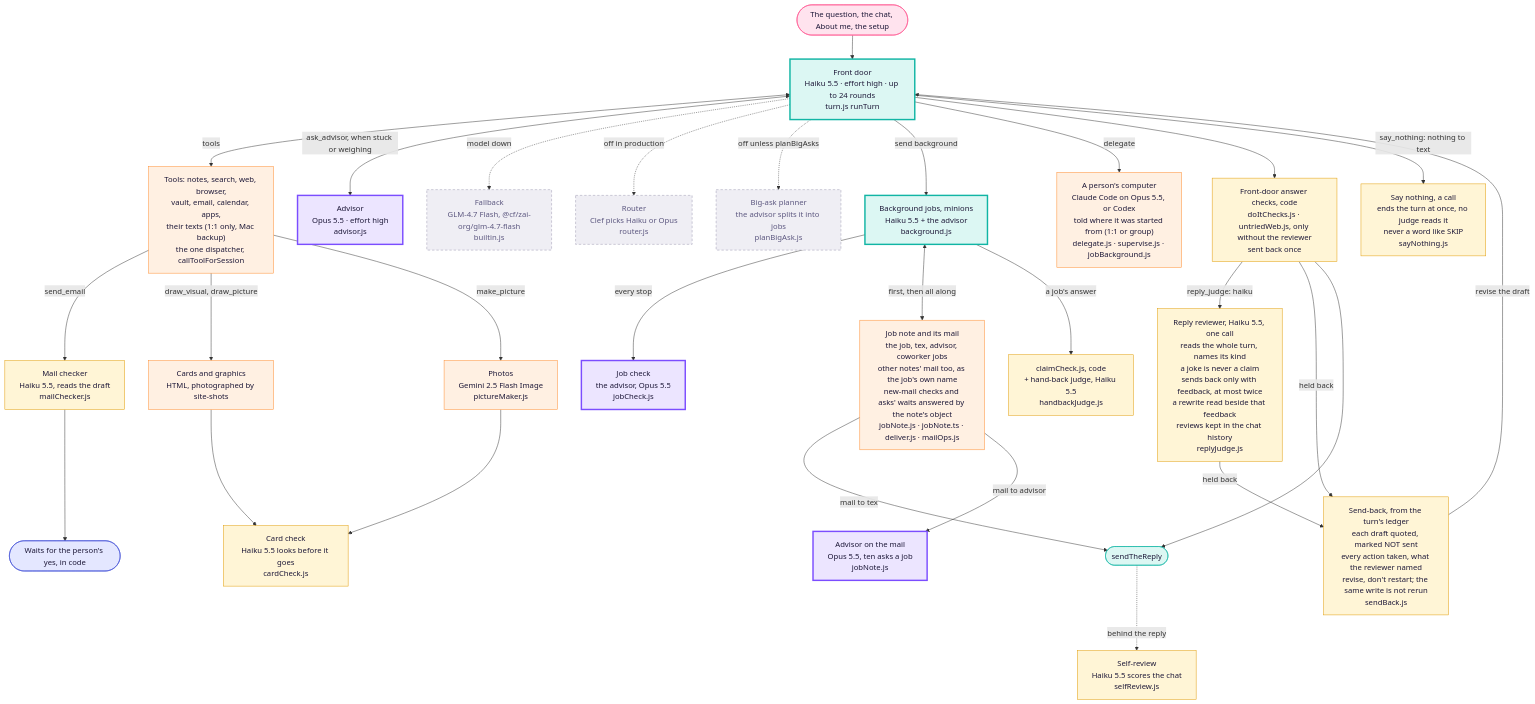
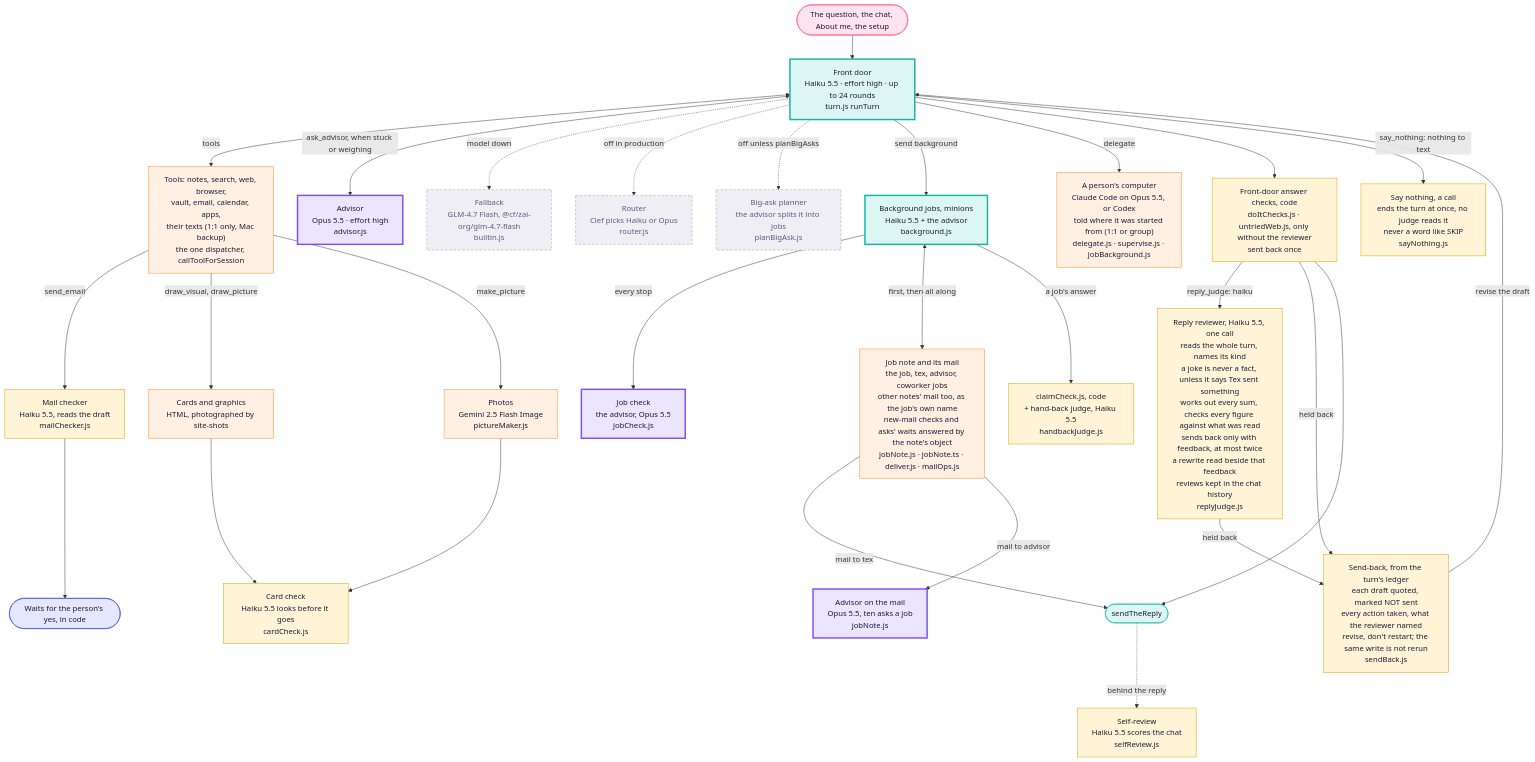
One commit to Supa-Media/context changed the third of 3 diagrams in docs/architecture/tex.md. Above: the diagram before and after it, drawn with Mermaid. The commit also changed other lines of this file, not shown here.

Commit message:
Tex diagram: the reviewer's rubric as tuned
Claude-Session: https://claude.ai/code/session_01SK2ayauoAGi17SrHtnWE46

````diff
--- a/docs/architecture/tex.md
+++ b/docs/architecture/tex.md
@@ -112,43 +112,43 @@
 ```mermaid
 flowchart TB
   Q([The question, the chat, About me, the setup]):::you --> FD
   FD["Front door<br/>Haiku 5.5 · effort high · up to 24 rounds<br/>turn.js runTurn"]:::haiku
   FD <-->|tools| T["Tools: notes, search, web, browser,<br/>vault, email, calendar, apps,<br/>their texts (1:1 only, Mac backup)<br/>the one dispatcher, callToolForSession"]:::tool
   FD <-->|ask_advisor, when stuck or weighing| ADV["Advisor<br/>Opus 5.5 · effort high<br/>advisor.js"]:::opus
   FD -. model down .-> FB["Fallback<br/>GLM-4.7 Flash, @cf/zai-org/glm-4.7-flash<br/>builtin.js"]:::off
   FD -. off in production .-> RT["Router<br/>Clef picks Haiku or Opus<br/>router.js"]:::off
   FD -. off unless planBigAsks .-> PL["Big-ask planner<br/>the advisor splits it into jobs<br/>planBigAsk.js"]:::off
 
   FD -->|send background| JOB["Background jobs, minions<br/>Haiku 5.5 + the advisor<br/>background.js"]:::haiku
   JOB -->|every stop| JC["Job check<br/>the advisor, Opus 5.5<br/>jobCheck.js"]:::opus
   JOB <-->|first, then all along| JN["Job note and its mail<br/>the job, tex, advisor, coworker jobs<br/>other notes' mail too, as the job's own name<br/>new-mail checks and asks' waits answered by the note's object<br/>jobNote.js · jobNote.ts · deliver.js · mailOps.js"]:::tool
   JN -->|mail to tex| SEND
   JN -->|mail to advisor| JNA["Advisor on the mail<br/>Opus 5.5, ten asks a job<br/>jobNote.js"]:::opus
   JOB -->|a job's answer| JCK["claimCheck.js, code<br/>+ hand-back judge, Haiku 5.5<br/>handbackJudge.js"]:::judge
   FD -->|delegate| DL["A person's computer<br/>Claude Code on Opus 5.5, or Codex<br/>told where it was started from (1:1 or group)<br/>delegate.js · supervise.js · jobBackground.js"]:::tool
 
   T -->|send_email| MC["Mail checker<br/>Haiku 5.5, reads the draft<br/>mailChecker.js"]:::judge
   MC --> YES([Waits for the person's yes, in code]):::rail
   T -->|draw_visual, draw_picture| PIC["Cards and graphics<br/>HTML, photographed by site-shots"]:::tool
   T -->|make_picture| IMG["Photos<br/>Gemini 2.5 Flash Image<br/>pictureMaker.js"]:::tool
   PIC --> CC["Card check<br/>Haiku 5.5 looks before it goes<br/>cardCheck.js"]:::judge
   IMG --> CC
 
   FD --> CHK["Front-door answer checks, code<br/>doItChecks.js · untriedWeb.js, only without the reviewer<br/>sent back once"]:::judge
   FD -->|say_nothing: nothing to text| QT["Say nothing, a call<br/>ends the turn at once, no judge reads it<br/>never a word like SKIP<br/>sayNothing.js"]:::judge
-  CHK -->|reply_judge: haiku| RJ["Reply reviewer, Haiku 5.5, one call<br/>reads the whole turn, names its kind<br/>a joke is never a claim<br/>sends back only with feedback, at most twice<br/>a rewrite read beside that feedback<br/>reviews kept in the chat history<br/>replyJudge.js"]:::judge
+  CHK -->|reply_judge: haiku| RJ["Reply reviewer, Haiku 5.5, one call<br/>reads the whole turn, names its kind<br/>a joke is never a fact, unless it says Tex sent something<br/>works out every sum, checks every figure against what was read<br/>sends back only with feedback, at most twice<br/>a rewrite read beside that feedback<br/>reviews kept in the chat history<br/>replyJudge.js"]:::judge
   CHK -->|held back| SB["Send-back, from the turn's ledger<br/>each draft quoted, marked NOT sent<br/>every action taken, what the reviewer named<br/>revise, don't restart; the same write is not rerun<br/>sendBack.js"]:::judge
   RJ -->|held back| SB
   SB -->|revise the draft| FD
   CHK --> SEND([sendTheReply]):::door
   SEND -. behind the reply .-> SR["Self-review<br/>Haiku 5.5 scores the chat<br/>selfReview.js"]:::judge
 
   classDef you fill:#ffe3ee,stroke:#ff4f8b,color:#1d1838
   classDef haiku fill:#dcf7f3,stroke:#11b5a4,stroke-width:3px,color:#1d1838
   classDef opus fill:#ece5ff,stroke:#7b4dff,stroke-width:3px,color:#1d1838
   classDef judge fill:#fff5d6,stroke:#e09a00,color:#1d1838
   classDef tool fill:#fff0e2,stroke:#ff8a2a,color:#1d1838
   classDef rail fill:#e4e7ff,stroke:#3c4bd6,color:#1d1838
   classDef door fill:#dcf7f3,stroke:#11b5a4,color:#1d1838
   classDef off fill:#efeef4,stroke:#9a97b0,stroke-dasharray:5 4,color:#5d5880
 ```
````
